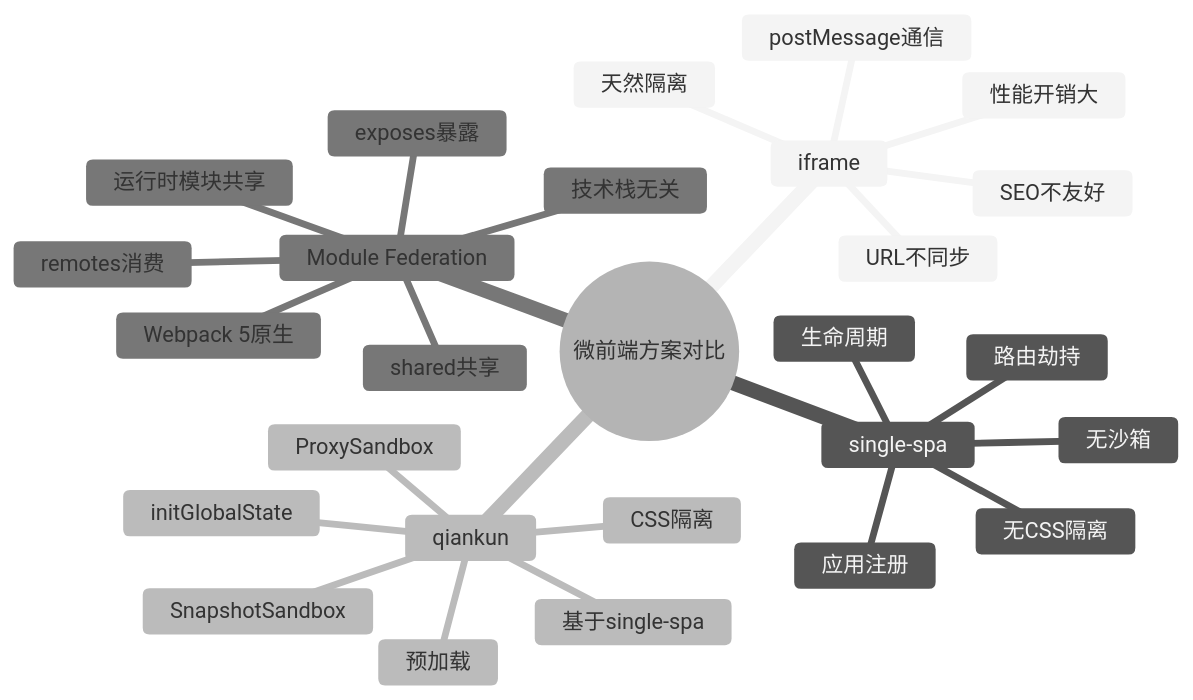
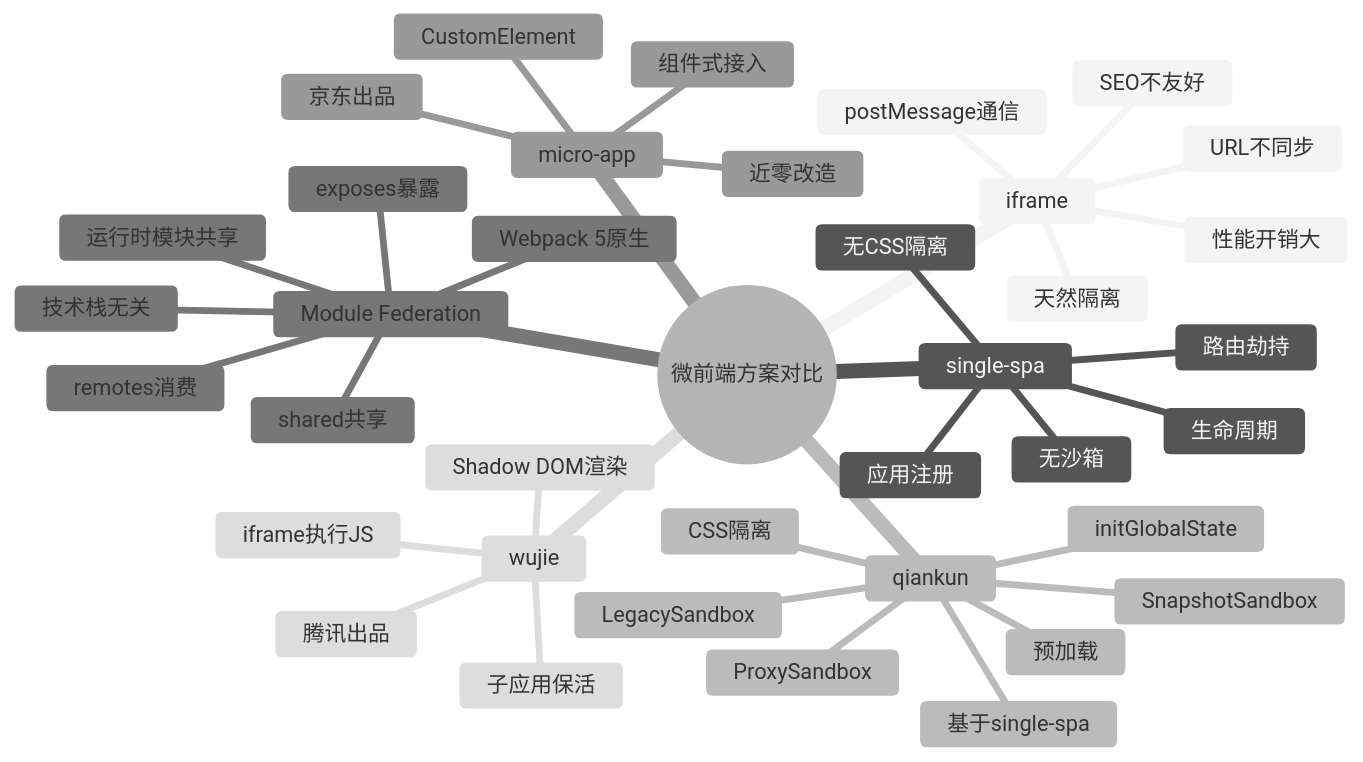
Before and after one commit to zjh42139/interview-notes: the diagram in docs/前端架构/微前端/index.md, drawn with Mermaid (neutral theme). The commit also changed other lines of this file and 118 other files, not shown here.

````diff
--- a/docs/前端架构/微前端/index.md
+++ b/docs/前端架构/微前端/index.md
@@ -9,30 +9,41 @@
 ```mermaid
 mindmap
   root((微前端方案对比))
     iframe
       天然隔离
       URL不同步
       postMessage通信
       性能开销大
       SEO不友好
     single-spa
       应用注册
       生命周期
       路由劫持
       无沙箱
       无CSS隔离
     qiankun
       基于single-spa
       ProxySandbox
+      LegacySandbox
       SnapshotSandbox
       CSS隔离
       initGlobalState
       预加载
     Module Federation
       Webpack 5原生
       exposes暴露
       remotes消费
       shared共享
       运行时模块共享
       技术栈无关
+    micro-app
+      京东出品
+      CustomElement
+      组件式接入
+      近零改造
+    wujie
+      腾讯出品
+      iframe执行JS
+      Shadow DOM渲染
+      子应用保活
 ```
````
